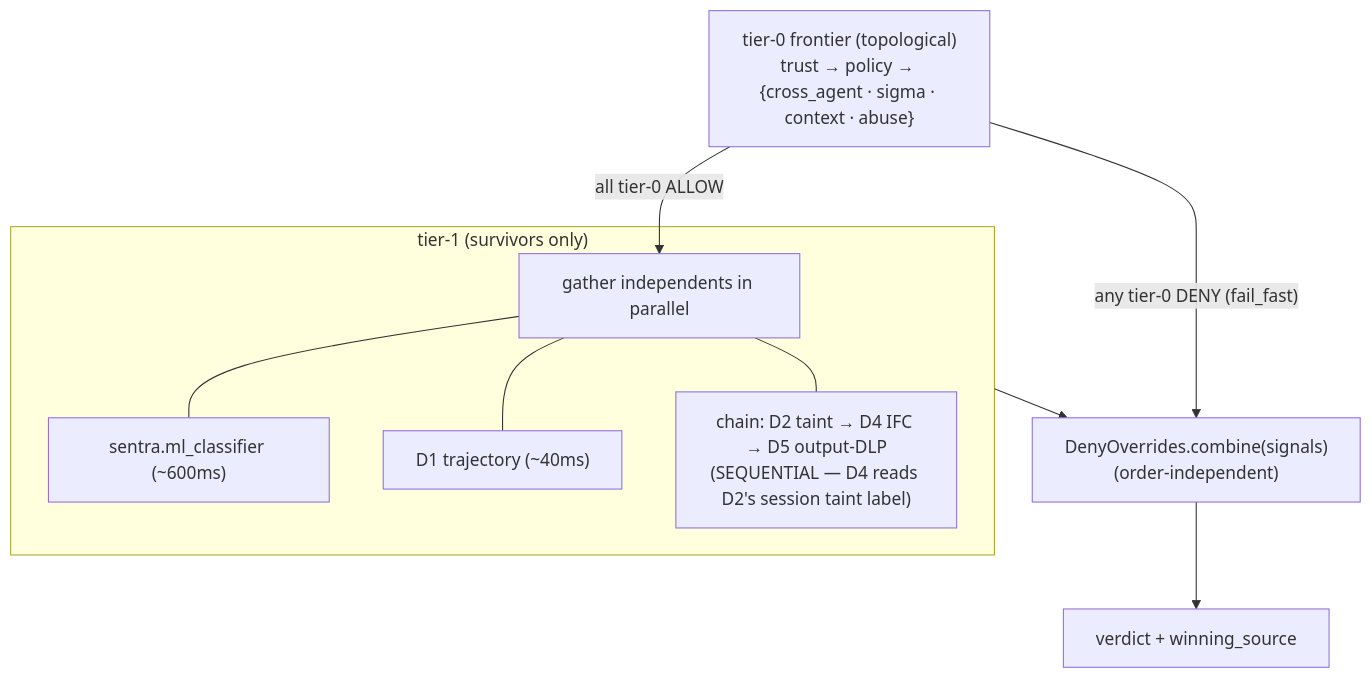
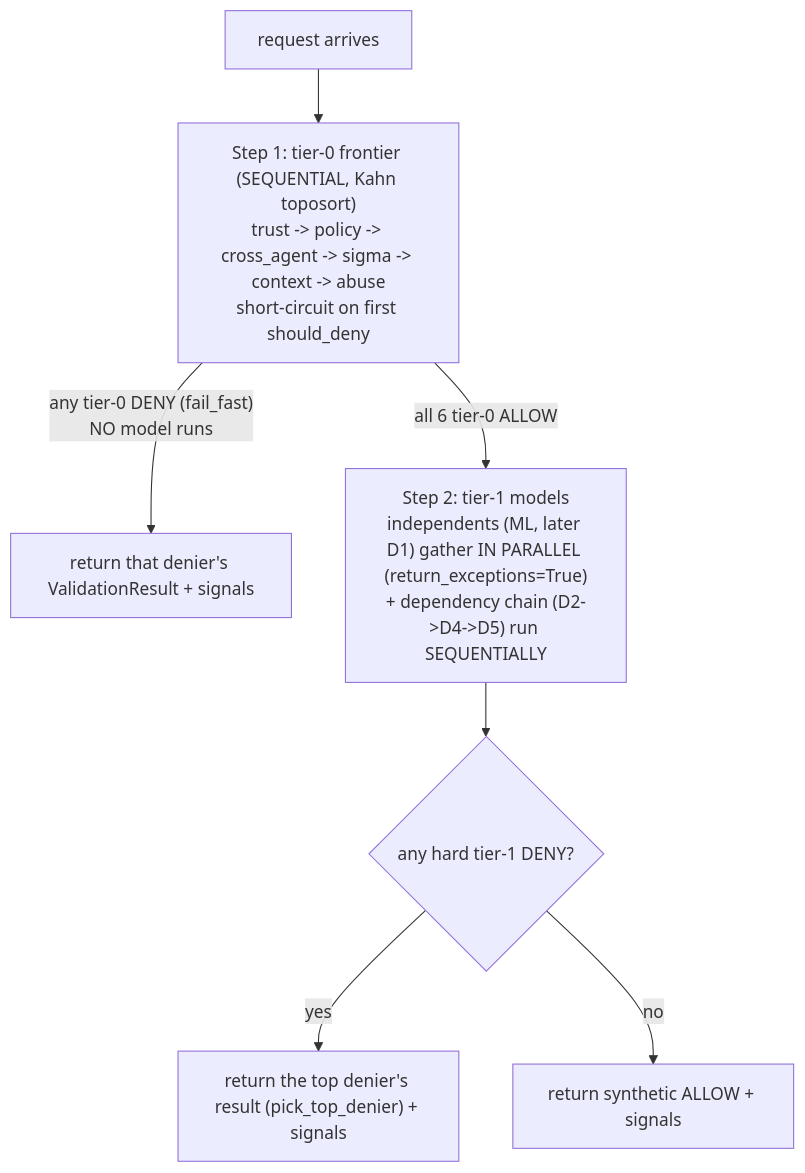
One commit to shashank31mar/Sentra changed the diagram in tasks/serverless-edition/ws-c-dag-scheduler.md. Above: the diagram before and after it, drawn with Mermaid. The commit also changed other lines of this file and 4 other files, not shown here.

````diff
--- a/tasks/serverless-edition/ws-c-dag-scheduler.md
+++ b/tasks/serverless-edition/ws-c-dag-scheduler.md
@@ -127,17 +149,9 @@
 ```mermaid
 flowchart TD
-  T0["tier-0 frontier (topological)<br/>trust → policy → {cross_agent · sigma · context · abuse}"]
-  T0 -->|"any tier-0 DENY (fail_fast)"| COMB["DenyOverrides.combine(signals)<br/>(order-independent)"]
-  T0 -->|"all tier-0 ALLOW"| T1G
-  subgraph T1["tier-1 (survivors only)"]
-    T1G["gather independents in parallel"]
-    ML["sentra.ml_classifier (~600ms)"]
-    D1["D1 trajectory (~40ms)"]
-    CHAIN["chain: D2 taint → D4 IFC → D5 output-DLP<br/>(SEQUENTIAL — D4 reads D2's session taint label)"]
-    T1G --- ML
-    T1G --- D1
-    T1G --- CHAIN
-  end
-  T1 --> COMB
-  COMB --> V["verdict + winning_source"]
+  START["request arrives"] --> T0["Step 1: tier-0 frontier (SEQUENTIAL, Kahn toposort)<br/>trust -> policy -> cross_agent -> sigma -> context -> abuse<br/>short-circuit on first should_deny"]
+  T0 -->|"any tier-0 DENY (fail_fast)<br/>NO model runs"| RET["return that denier's ValidationResult + signals"]
+  T0 -->|"all 6 tier-0 ALLOW"| T1["Step 2: tier-1 models<br/>independents (ML, later D1) gather IN PARALLEL (return_exceptions=True)<br/>+ dependency chain (D2->D4->D5) run SEQUENTIALLY"]
+  T1 --> HD{"any hard tier-1 DENY?"}
+  HD -->|yes| RET2["return the top denier's result (pick_top_denier) + signals"]
+  HD -->|no| ALLOW["return synthetic ALLOW + signals"]
 ```
````
